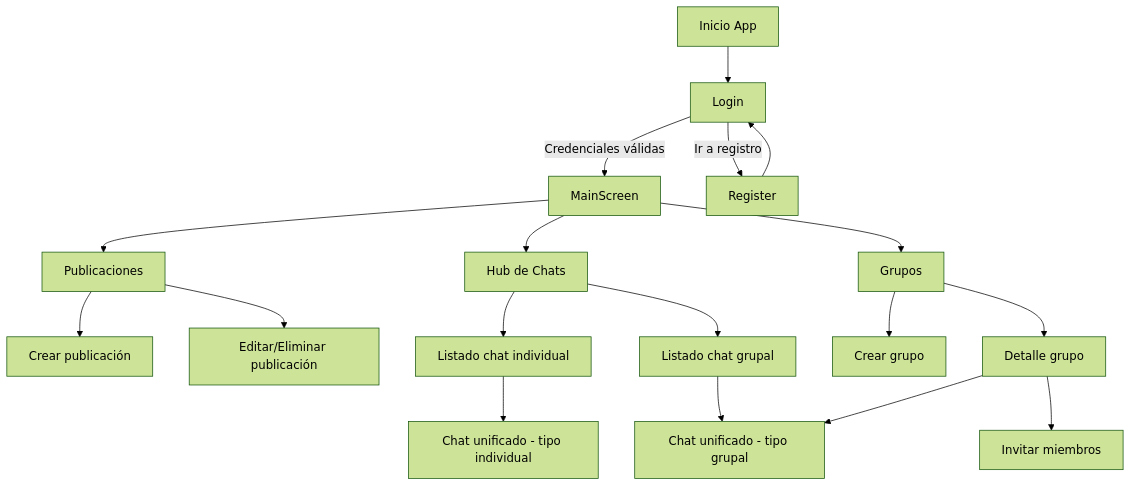
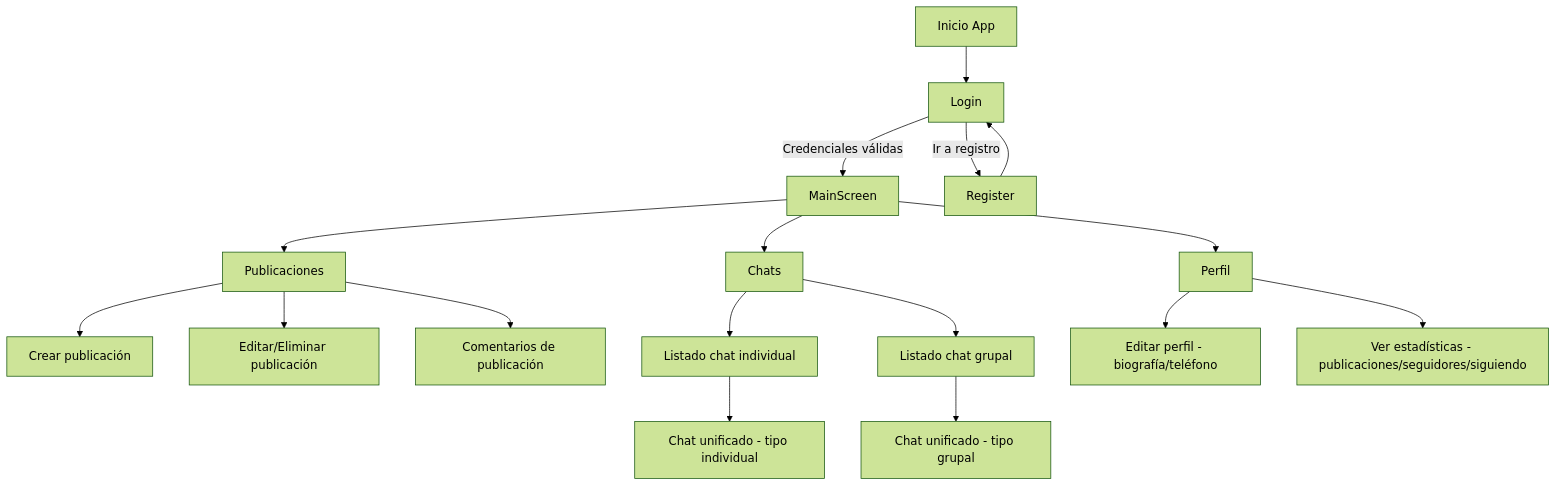
The first of 3 diagrams in docs/desarrollo-producto-red-up.md (IDS-HUGO/RED-UP-HILT), drawn with Mermaid (forest theme) before and after one commit. The commit also changed other lines of this file and 1 other file, not shown here.

````diff
--- a/docs/desarrollo-producto-red-up.md
+++ b/docs/desarrollo-producto-red-up.md
@@ -11,25 +11,24 @@
 ```mermaid
 flowchart TD
     A[Inicio App] --> B[Login]
     B -->|Credenciales válidas| C[MainScreen]
     B -->|Ir a registro| R[Register]
     R --> B
 
     C --> H[Publicaciones]
-    C --> CH[Hub de Chats]
-    C --> G[Grupos]
+    C --> CH[Chats]
+    C --> P[Perfil]
 
     H --> CP[Crear publicación]
     H --> ED[Editar/Eliminar publicación]
+    H --> COM[Comentarios de publicación]
 
     CH --> IC[Listado chat individual]
     CH --> GC[Listado chat grupal]
 
     IC --> CHAT1[Chat unificado - tipo individual]
     GC --> CHAT2[Chat unificado - tipo grupal]
 
-    G --> CG[Crear grupo]
-    G --> GD[Detalle grupo]
-    GD --> INV[Invitar miembros]
-    GD --> CHAT2
+    P --> EP[Editar perfil - biografía/teléfono]
+    P --> ST[Ver estadísticas - publicaciones/seguidores/siguiendo]
 ```
````
